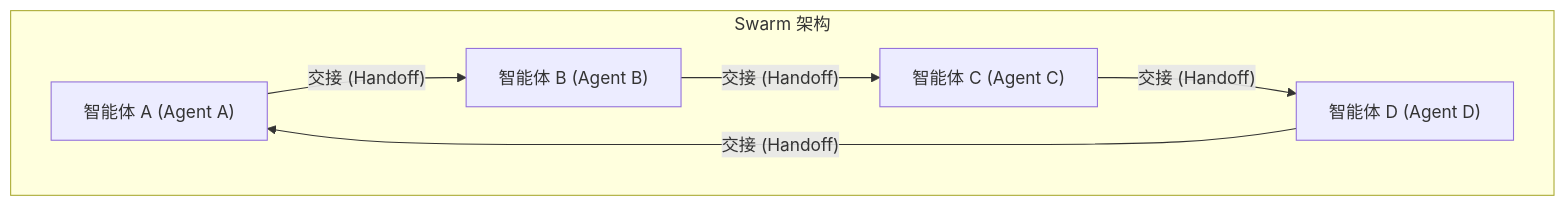
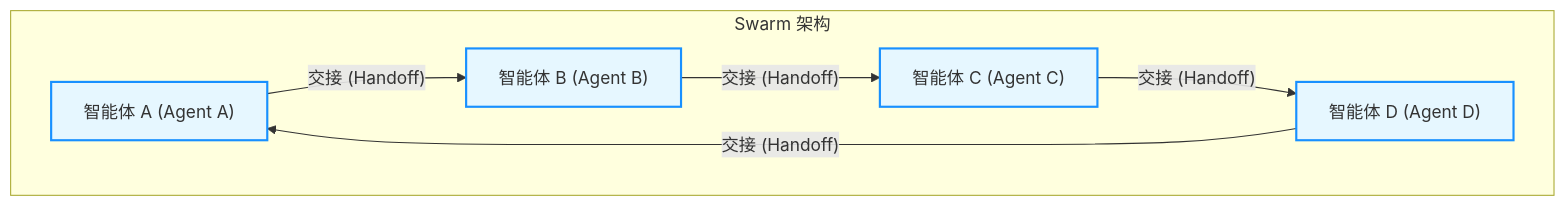
The first of 2 diagrams in 06_communication/6.3_game_theory.md (yeasy/agentic_ai_guide), drawn with Mermaid before and after one commit. The commit also changed other lines of this file and 36 other files, not shown here.

````diff
--- a/06_communication/6.3_game_theory.md
+++ b/06_communication/6.3_game_theory.md
@@ -23,9 +23,14 @@
 ```mermaid
 graph TD
+    %% Agentic Design System
+    classDef agent fill:#e6f7ff,stroke:#1890ff,stroke-width:2px;
+
     subgraph swarm["Swarm 架构"]
         A["智能体 A (Agent A)"] -->|"交接 (Handoff)"| B["智能体 B (Agent B)"]
         B -->|"交接 (Handoff)"| C["智能体 C (Agent C)"]
         C -->|"交接 (Handoff)"| D["智能体 D (Agent D)"]
         D -->|"交接 (Handoff)"| A
     end
+    
+    class A,B,C,D agent;
 ```
````
